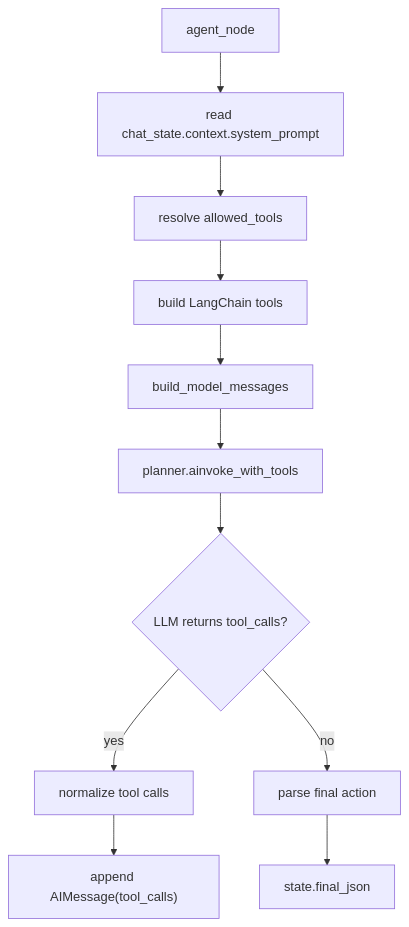
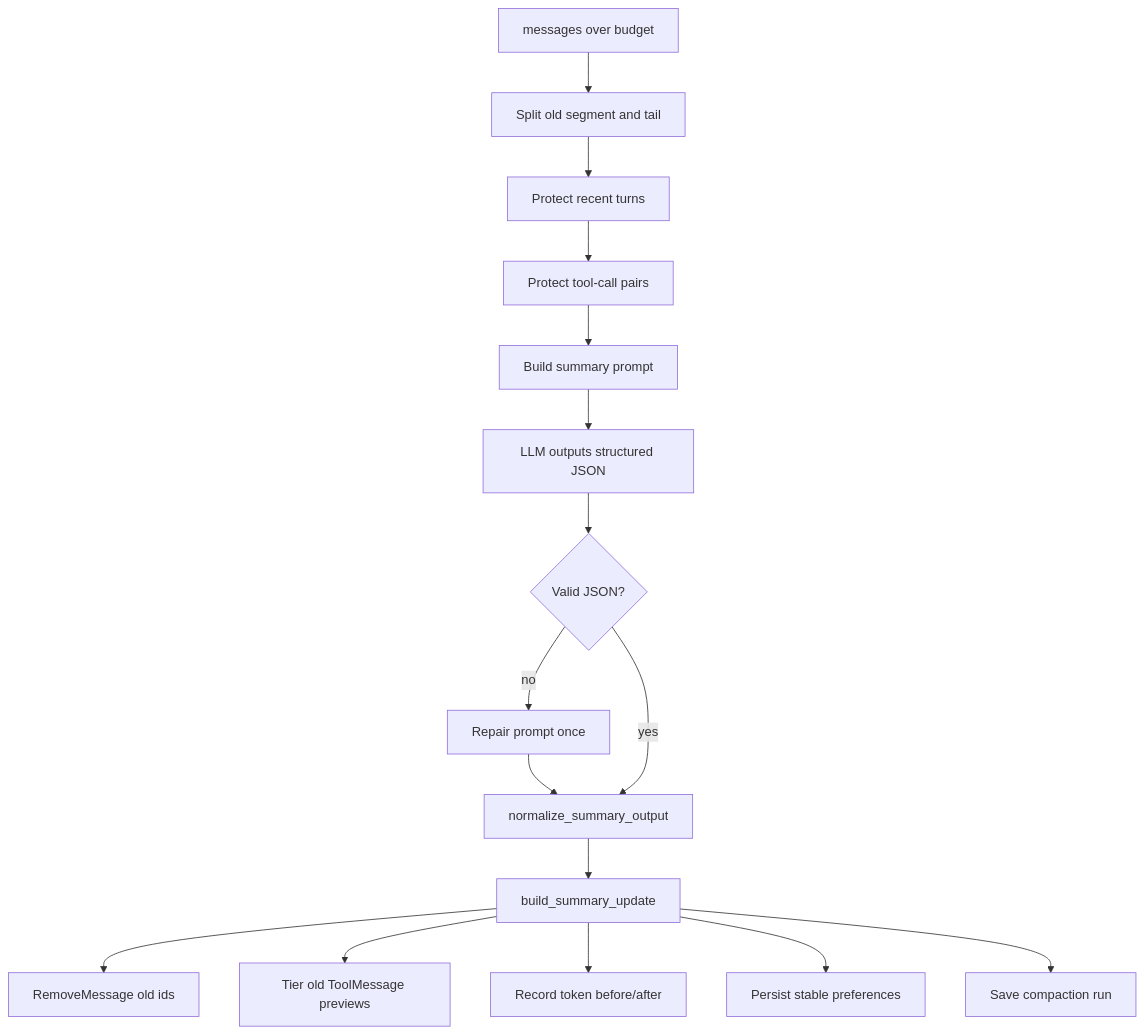
Before and after one commit to hellolml/smart-eats-ai-bakend: the fourth of 5 diagrams in CONTEXT_ENGINE_LEARNING_GUIDE.md, drawn with Mermaid. The commit also changed other lines of this file and 3 other files, not shown here.

````diff
--- a/CONTEXT_ENGINE_LEARNING_GUIDE.md
+++ b/CONTEXT_ENGINE_LEARNING_GUIDE.md
@@ -246,13 +427,18 @@
 ```mermaid
 flowchart TD
-    A["agent_node"] --> B["read chat_state.context.system_prompt"]
-    B --> C["resolve allowed_tools"]
-    C --> D["build LangChain tools"]
-    D --> E["build_model_messages"]
-    E --> F["planner.ainvoke_with_tools"]
-    F --> G{"LLM returns tool_calls?"}
-    G -->|yes| H["normalize tool calls"]
-    H --> I["append AIMessage(tool_calls)"]
-    G -->|no| J["parse final action"]
-    J --> K["state.final_json"]
+    A["messages over budget"] --> B["Split old segment and tail"]
+    B --> C["Protect recent turns"]
+    C --> D["Protect tool-call pairs"]
+    D --> E["Build summary prompt"]
+    E --> F["LLM outputs structured JSON"]
+    F --> G{"Valid JSON?"}
+    G -->|no| H["Repair prompt once"]
+    H --> I["normalize_summary_output"]
+    G -->|yes| I
+    I --> J["build_summary_update"]
+    J --> K["RemoveMessage old ids"]
+    J --> L["Tier old ToolMessage previews"]
+    J --> M["Record token before/after"]
+    J --> N["Persist stable preferences"]
+    J --> O["Save compaction run"]
 ```
````
